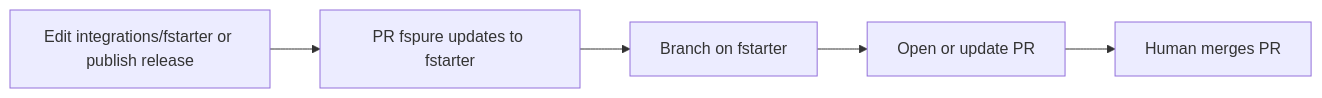
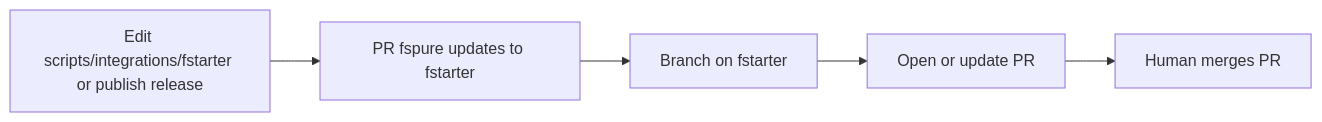
Before and after one commit to e-St/fspure: the diagram in docs/SYNC-FSTARTER.md, drawn with Mermaid. The commit also changed other lines of this file and 214 other files, not shown here.

````diff
--- a/docs/SYNC-FSTARTER.md
+++ b/docs/SYNC-FSTARTER.md
@@ -17,7 +17,7 @@
 ```mermaid
 flowchart LR
-  A[Edit integrations/fstarter or publish release] --> B[PR fspure updates to fstarter]
+  A[Edit scripts/integrations/fstarter or publish release] --> B[PR fspure updates to fstarter]
   B --> C[Branch on fstarter]
   C --> D[Open or update PR]
   D --> E[Human merges PR]
 ```
````
